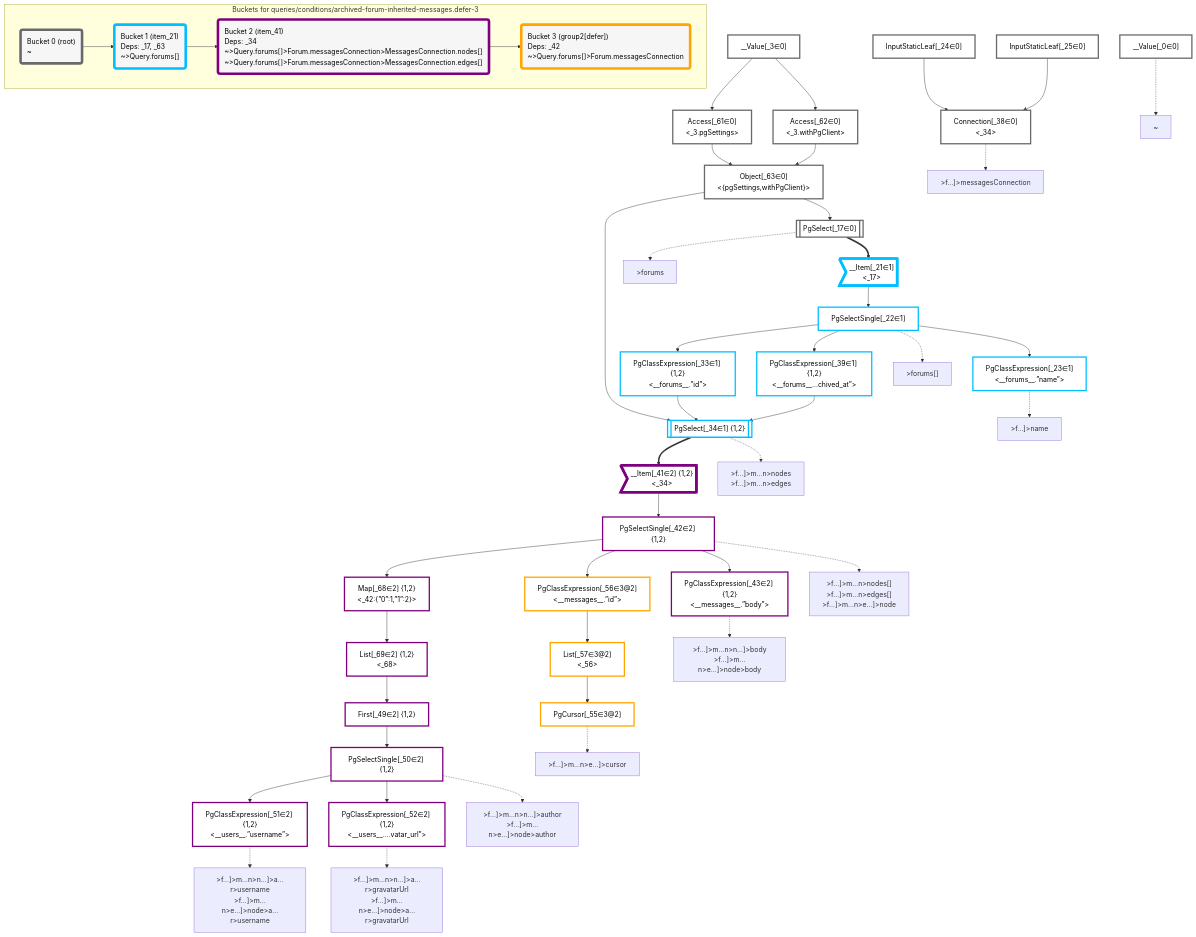
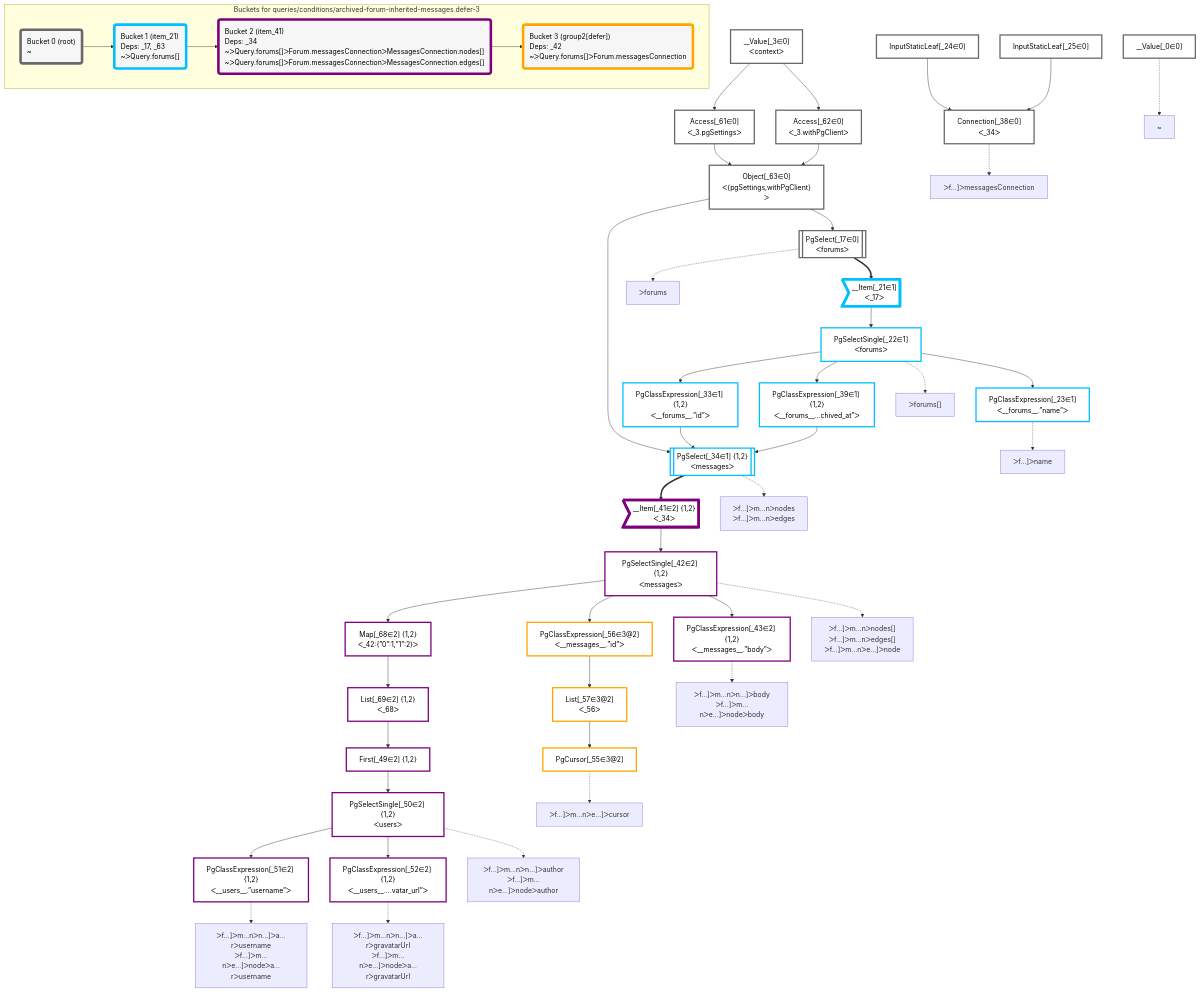
The diagram in packages/dataplan-pg/__tests__/queries/conditions/archived-forum-inherited-messages.defer-3.mermaid.md (graphile/crystal), drawn with Mermaid before and after one commit. The commit also changed 195 other files, not shown here.

```diff
--- a/packages/dataplan-pg/__tests__/queries/conditions/archived-forum-inherited-messages.defer-3.mermaid.md
+++ b/packages/dataplan-pg/__tests__/queries/conditions/archived-forum-inherited-messages.defer-3.mermaid.md
@@ -9,32 +9,32 @@
 
     %% define plans
     __Value_0["__Value[_0∈0]"]:::plan
-    __Value_3["__Value[_3∈0]<br /><context>"]:::plan
-    PgSelect_17[["PgSelect[_17∈0]<br /><forums>"]]:::plan
-    __Item_21>"__Item[_21∈1]<br /><_17>"]:::itemplan
-    PgSelectSingle_22["PgSelectSingle[_22∈1]<br /><forums>"]:::plan
-    PgClassExpression_23["PgClassExpression[_23∈1]<br /><__forums__.”name”>"]:::plan
+    __Value_3["__Value[_3∈0]<br />ᐸcontextᐳ"]:::plan
+    PgSelect_17[["PgSelect[_17∈0]<br />ᐸforumsᐳ"]]:::plan
+    __Item_21>"__Item[_21∈1]<br />ᐸ_17ᐳ"]:::itemplan
+    PgSelectSingle_22["PgSelectSingle[_22∈1]<br />ᐸforumsᐳ"]:::plan
+    PgClassExpression_23["PgClassExpression[_23∈1]<br />ᐸ__forums__.”name”ᐳ"]:::plan
     InputStaticLeaf_24["InputStaticLeaf[_24∈0]"]:::plan
     InputStaticLeaf_25["InputStaticLeaf[_25∈0]"]:::plan
-    PgClassExpression_33["PgClassExpression[_33∈1] {1,2}<br /><__forums__.”id”>"]:::plan
-    PgSelect_34[["PgSelect[_34∈1] {1,2}<br /><messages>"]]:::plan
-    Connection_38["Connection[_38∈0]<br /><_34>"]:::plan
-    PgClassExpression_39["PgClassExpression[_39∈1] {1,2}<br /><__forums__...chived_at”>"]:::plan
-    __Item_41>"__Item[_41∈2] {1,2}<br /><_34>"]:::itemplan
-    PgSelectSingle_42["PgSelectSingle[_42∈2] {1,2}<br /><messages>"]:::plan
-    PgClassExpression_43["PgClassExpression[_43∈2] {1,2}<br /><__messages__.”body”>"]:::plan
+    PgClassExpression_33["PgClassExpression[_33∈1] {1,2}<br />ᐸ__forums__.”id”ᐳ"]:::plan
+    PgSelect_34[["PgSelect[_34∈1] {1,2}<br />ᐸmessagesᐳ"]]:::plan
+    Connection_38["Connection[_38∈0]<br />ᐸ_34ᐳ"]:::plan
+    PgClassExpression_39["PgClassExpression[_39∈1] {1,2}<br />ᐸ__forums__...chived_at”ᐳ"]:::plan
+    __Item_41>"__Item[_41∈2] {1,2}<br />ᐸ_34ᐳ"]:::itemplan
+    PgSelectSingle_42["PgSelectSingle[_42∈2] {1,2}<br />ᐸmessagesᐳ"]:::plan
+    PgClassExpression_43["PgClassExpression[_43∈2] {1,2}<br />ᐸ__messages__.”body”ᐳ"]:::plan
     First_49["First[_49∈2] {1,2}"]:::plan
-    PgSelectSingle_50["PgSelectSingle[_50∈2] {1,2}<br /><users>"]:::plan
-    PgClassExpression_51["PgClassExpression[_51∈2] {1,2}<br /><__users__.”username”>"]:::plan
-    PgClassExpression_52["PgClassExpression[_52∈2] {1,2}<br /><__users__....vatar_url”>"]:::plan
+    PgSelectSingle_50["PgSelectSingle[_50∈2] {1,2}<br />ᐸusersᐳ"]:::plan
+    PgClassExpression_51["PgClassExpression[_51∈2] {1,2}<br />ᐸ__users__.”username”ᐳ"]:::plan
+    PgClassExpression_52["PgClassExpression[_52∈2] {1,2}<br />ᐸ__users__....vatar_url”ᐳ"]:::plan
     PgCursor_55["PgCursor[_55∈3@2]"]:::plan
-    PgClassExpression_56["PgClassExpression[_56∈3@2]<br /><__messages__.”id”>"]:::plan
-    List_57["List[_57∈3@2]<br /><_56>"]:::plan
-    Access_61["Access[_61∈0]<br /><_3.pgSettings>"]:::plan
-    Access_62["Access[_62∈0]<br /><_3.withPgClient>"]:::plan
-    Object_63["Object[_63∈0]<br /><{pgSettings,withPgClient}>"]:::plan
-    Map_68["Map[_68∈2] {1,2}<br /><_42:{”0”:1,”1”:2}>"]:::plan
-    List_69["List[_69∈2] {1,2}<br /><_68>"]:::plan
+    PgClassExpression_56["PgClassExpression[_56∈3@2]<br />ᐸ__messages__.”id”ᐳ"]:::plan
+    List_57["List[_57∈3@2]<br />ᐸ_56ᐳ"]:::plan
+    Access_61["Access[_61∈0]<br />ᐸ_3.pgSettingsᐳ"]:::plan
+    Access_62["Access[_62∈0]<br />ᐸ_3.withPgClientᐳ"]:::plan
+    Object_63["Object[_63∈0]<br />ᐸ{pgSettings,withPgClient}ᐳ"]:::plan
+    Map_68["Map[_68∈2] {1,2}<br />ᐸ_42:{”0”:1,”1”:2}ᐳ"]:::plan
+    List_69["List[_69∈2] {1,2}<br />ᐸ_68ᐳ"]:::plan
 
     %% plan dependencies
     Object_63 --> PgSelect_17
@@ -68,27 +68,27 @@
     %% plan-to-path relationships
     P_0["~"]
     __Value_0 -.-> P_0
-    P_17[">forums"]
+    P_17["ᐳforums"]
     PgSelect_17 -.-> P_17
-    P_22[">forums[]"]
+    P_22["ᐳforums[]"]
     PgSelectSingle_22 -.-> P_22
-    P_23[">f…]>name"]
+    P_23["ᐳf…]ᐳname"]
     PgClassExpression_23 -.-> P_23
-    P_34[">f…]>m…n>nodes<br />>f…]>m…n>edges"]
+    P_34["ᐳf…]ᐳm…nᐳnodes<br />ᐳf…]ᐳm…nᐳedges"]
     PgSelect_34 -.-> P_34
-    P_38[">f…]>messagesConnection"]
+    P_38["ᐳf…]ᐳmessagesConnection"]
     Connection_38 -.-> P_38
-    P_42[">f…]>m…n>nodes[]<br />>f…]>m…n>edges[]<br />>f…]>m…n>e…]>node"]
+    P_42["ᐳf…]ᐳm…nᐳnodes[]<br />ᐳf…]ᐳm…nᐳedges[]<br />ᐳf…]ᐳm…nᐳe…]ᐳnode"]
     PgSelectSingle_42 -.-> P_42
-    P_43[">f…]>m…n>n…]>body<br />>f…]>m…n>e…]>node>body"]
+    P_43["ᐳf…]ᐳm…nᐳn…]ᐳbody<br />ᐳf…]ᐳm…nᐳe…]ᐳnodeᐳbody"]
     PgClassExpression_43 -.-> P_43
-    P_50[">f…]>m…n>n…]>author<br />>f…]>m…n>e…]>node>author"]
+    P_50["ᐳf…]ᐳm…nᐳn…]ᐳauthor<br />ᐳf…]ᐳm…nᐳe…]ᐳnodeᐳauthor"]
     PgSelectSingle_50 -.-> P_50
-    P_51[">f…]>m…n>n…]>a…r>username<br />>f…]>m…n>e…]>node>a…r>username"]
+    P_51["ᐳf…]ᐳm…nᐳn…]ᐳa…rᐳusername<br />ᐳf…]ᐳm…nᐳe…]ᐳnodeᐳa…rᐳusername"]
     PgClassExpression_51 -.-> P_51
-    P_52[">f…]>m…n>n…]>a…r>gravatarUrl<br />>f…]>m…n>e…]>node>a…r>gravatarUrl"]
+    P_52["ᐳf…]ᐳm…nᐳn…]ᐳa…rᐳgravatarUrl<br />ᐳf…]ᐳm…nᐳe…]ᐳnodeᐳa…rᐳgravatarUrl"]
     PgClassExpression_52 -.-> P_52
-    P_55[">f…]>m…n>e…]>cursor"]
+    P_55["ᐳf…]ᐳm…nᐳe…]ᐳcursor"]
     PgCursor_55 -.-> P_55
 
     %% allocate buckets
@@ -104,13 +104,13 @@
     subgraph "Buckets for queries/conditions/archived-forum-inherited-messages.defer-3"
     Bucket0("Bucket 0 (root)<br />~"):::bucket
     style Bucket0 stroke:#696969
-    Bucket1("Bucket 1 (item_21)<br />Deps: _17, _63<br />~>Query.forums[]"):::bucket
+    Bucket1("Bucket 1 (item_21)<br />Deps: _17, _63<br />~ᐳQuery.forums[]"):::bucket
     style Bucket1 stroke:#00bfff
     Bucket0 --> Bucket1
-    Bucket2("Bucket 2 (item_41)<br />Deps: _34<br />~>Query.forums[]>Forum.messagesConnection>MessagesConnection.nodes[]<br />~>Query.forums[]>Forum.messagesConnection>MessagesConnection.edges[]"):::bucket
+    Bucket2("Bucket 2 (item_41)<br />Deps: _34<br />~ᐳQuery.forums[]ᐳForum.messagesConnectionᐳMessagesConnection.nodes[]<br />~ᐳQuery.forums[]ᐳForum.messagesConnectionᐳMessagesConnection.edges[]"):::bucket
     style Bucket2 stroke:#7f007f
     Bucket1 --> Bucket2
-    Bucket3("Bucket 3 (group2[defer])<br />Deps: _42<br />~>Query.forums[]>Forum.messagesConnection"):::bucket
+    Bucket3("Bucket 3 (group2[defer])<br />Deps: _42<br />~ᐳQuery.forums[]ᐳForum.messagesConnection"):::bucket
     style Bucket3 stroke:#ffa500
     Bucket2 --> Bucket3
     end
```
